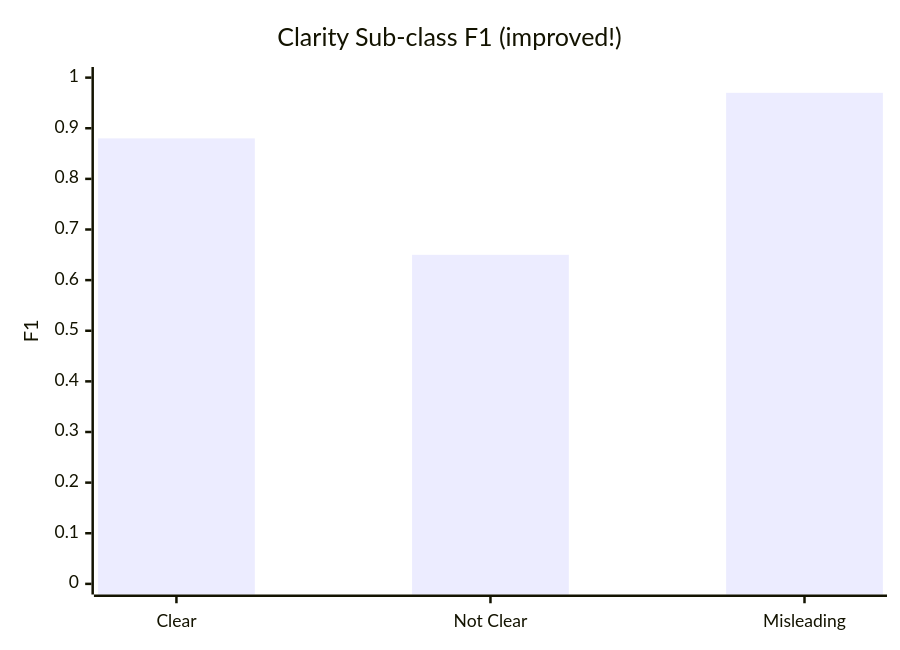
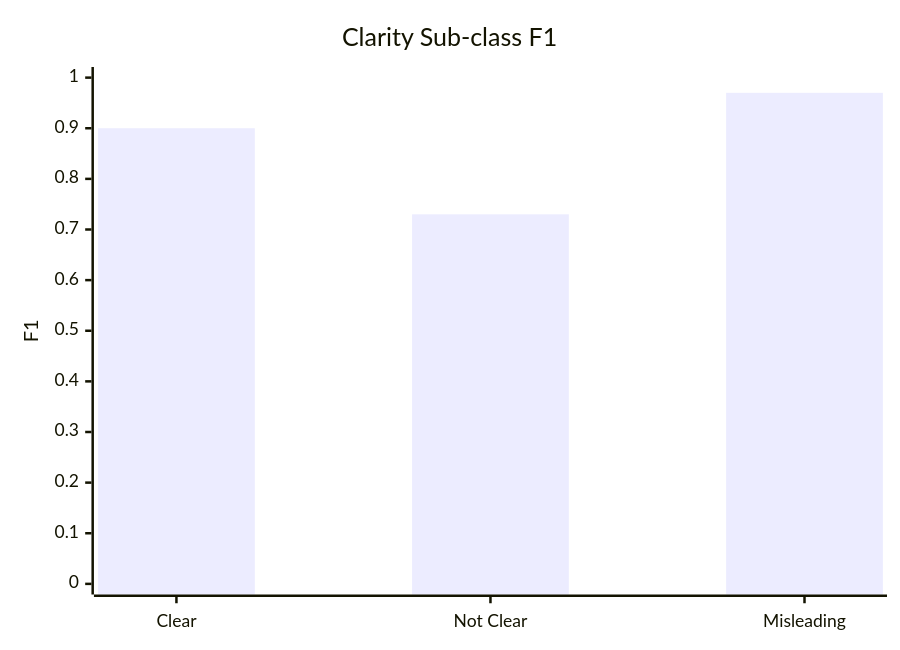
One commit to fylel/ESG-Sustainability-Commitment-Verification-Competition-2026 changed the second of 2 diagrams in PROJECT_STATUS.md. Above: the diagram before and after it, drawn with Mermaid. The commit also changed other lines of this file and 2 other files, not shown here.

````diff
--- a/PROJECT_STATUS.md
+++ b/PROJECT_STATUS.md
@@ -112,7 +113,7 @@
 ```mermaid
 xychart-beta
-    title "Clarity Sub-class F1 (improved!)"
+    title "Clarity Sub-class F1"
     x-axis ["Clear", "Not Clear", "Misleading"]
     y-axis "F1" 0 --> 1
-    bar [0.880, 0.650, 0.970]
+    bar [0.900, 0.730, 0.970]
 ```
````
